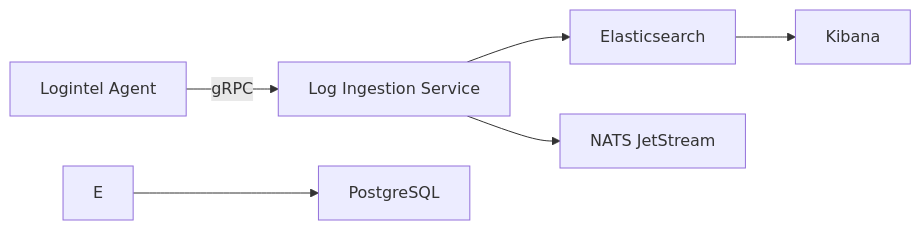
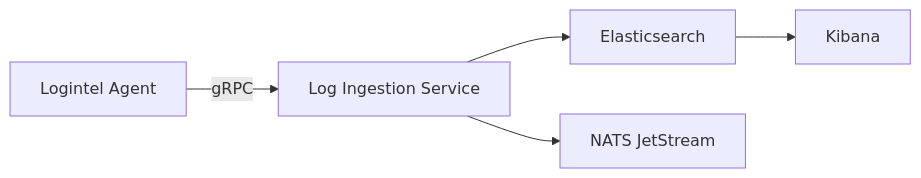
One commit to incodi404/logintel-server changed the diagram in README.md. Above: the diagram before and after it, drawn with Mermaid.

````diff
--- a/README.md
+++ b/README.md
@@ -40,9 +40,8 @@
 ```mermaid
 flowchart LR
 
 A[Logintel Agent] -->|gRPC| B[Log Ingestion Service]
 B --> C[Elasticsearch]
 B --> D[NATS JetStream]
-E --> G[PostgreSQL]
 C --> H[Kibana]
 ```
````
